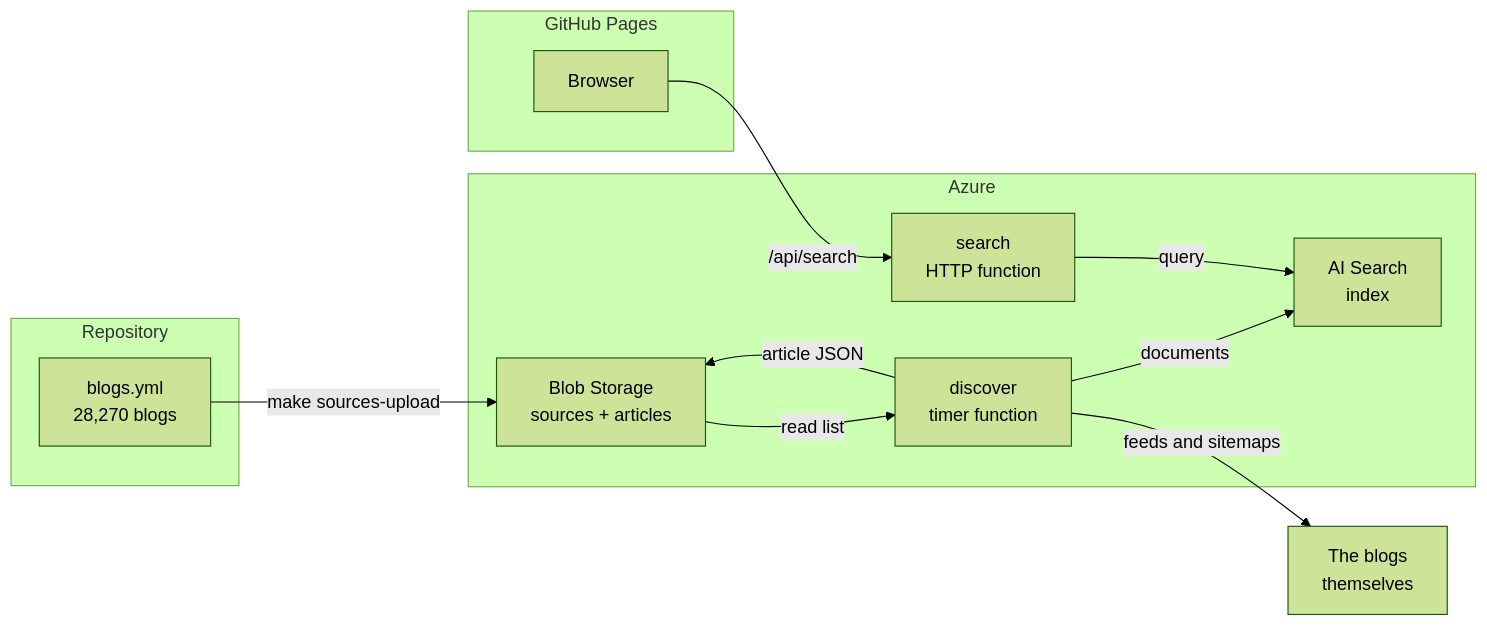
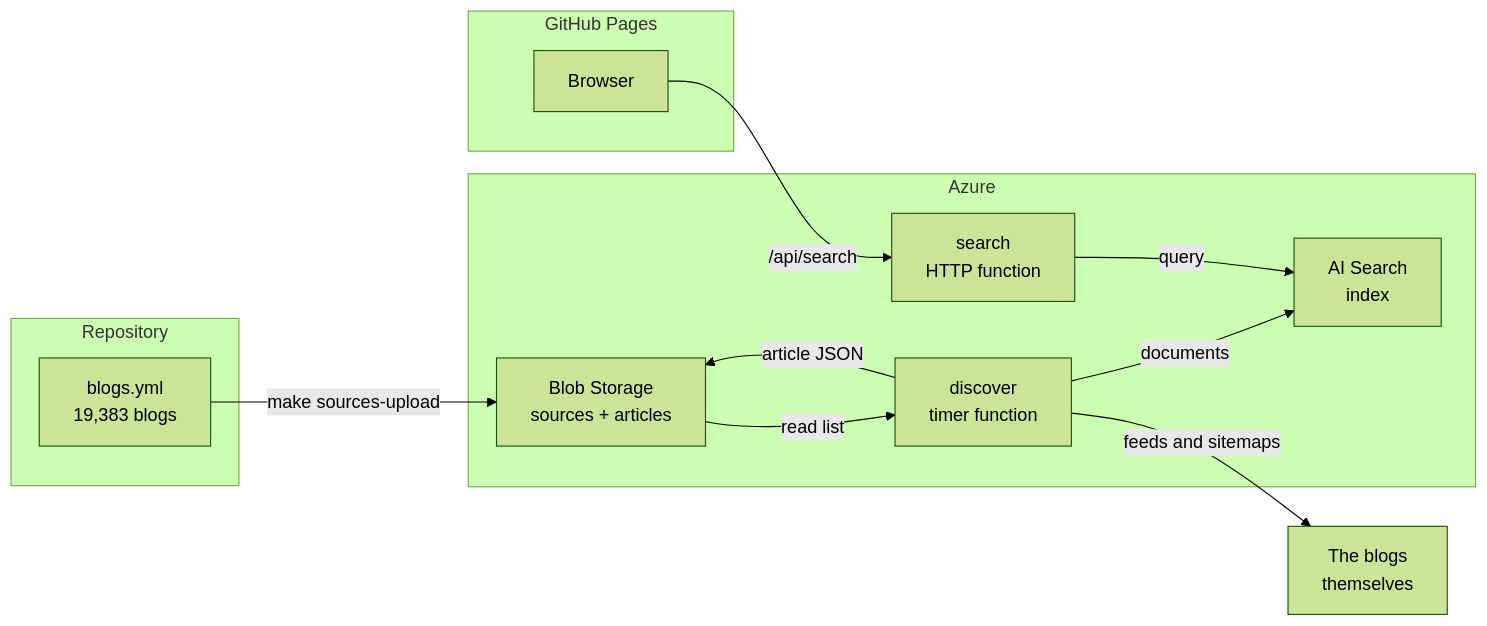
Before and after one commit to GitPaulo/blogme: the first of 5 diagrams in docs/how-it-works.md, drawn with Mermaid (forest theme). The commit also changed other lines of this file and 16 other files, not shown here.

````diff
--- a/docs/how-it-works.md
+++ b/docs/how-it-works.md
@@ -13,25 +13,25 @@
 ```mermaid
 flowchart LR
     subgraph Git["Repository"]
-        Y["blogs.yml<br/>28,270 blogs"]
+        Y["blogs.yml<br/>19,383 blogs"]
     end
 
     subgraph Azure["Azure"]
         B["Blob Storage<br/>sources + articles"]
         D["discover<br/>timer function"]
         S["AI Search<br/>index"]
         A["search<br/>HTTP function"]
     end
 
     subgraph Web["GitHub Pages"]
         U["Browser"]
     end
 
     Y -->|make sources-upload| B
     B -->|read list| D
     D -->|feeds and sitemaps| Blogs["The blogs<br/>themselves"]
     D -->|article JSON| B
     D -->|documents| S
     U -->|/api/search| A
     A -->|query| S
 ```
````
